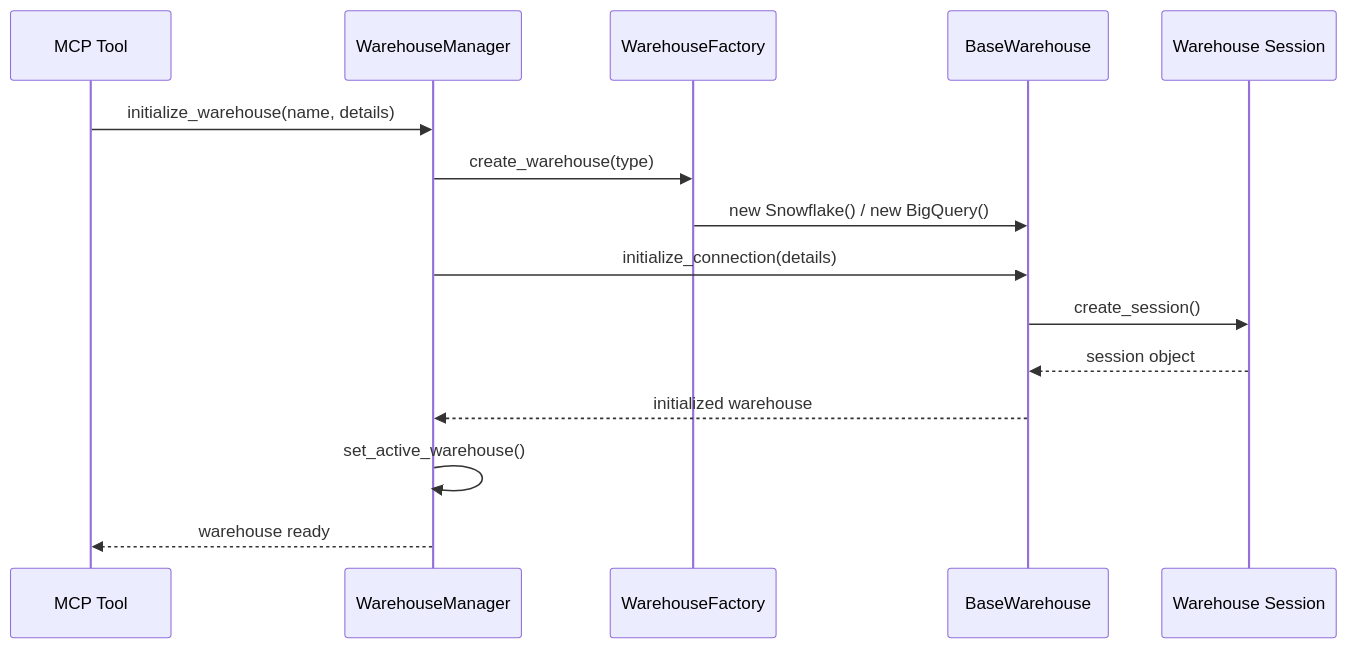
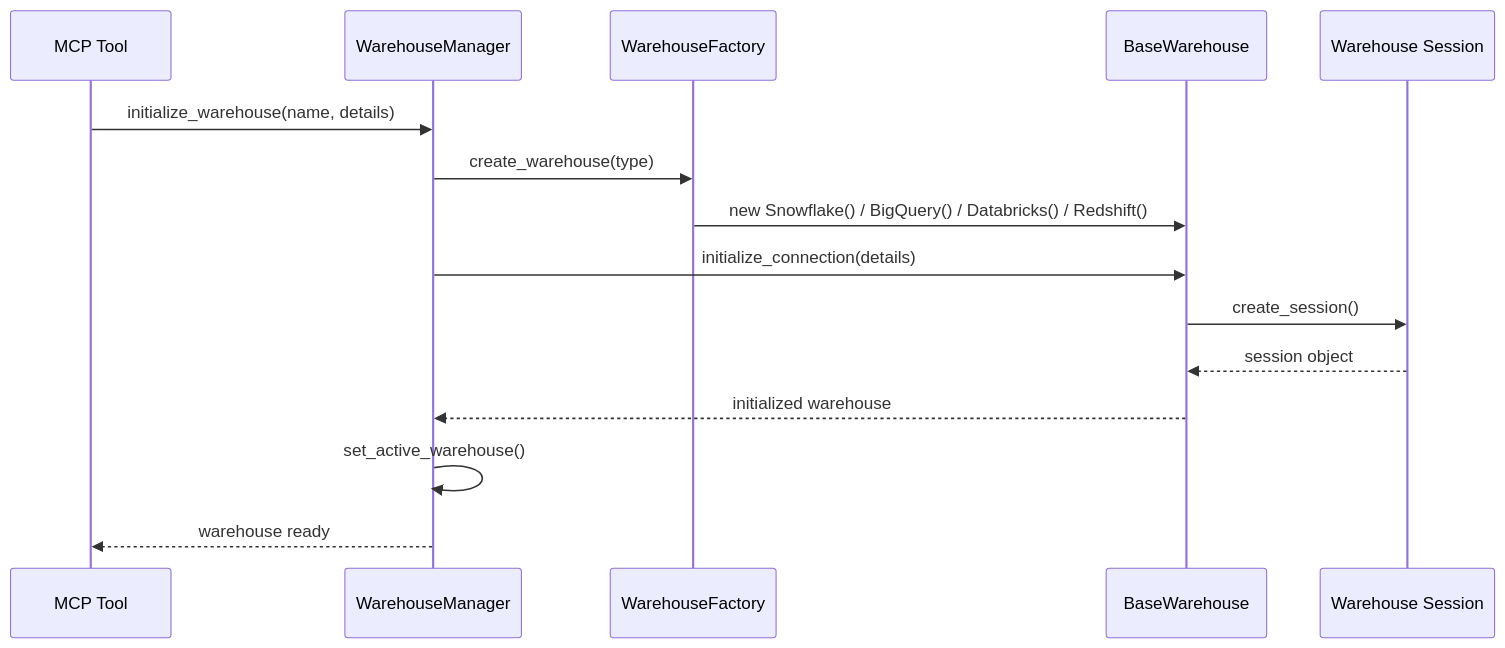
One commit to rudderlabs/profiles-mcp changed the eighth of 8 diagrams in memory-bank/architecture_overview.md. Above: the diagram before and after it, drawn with Mermaid. The commit also changed other lines of this file and 5 other files, not shown here.

````diff
--- a/memory-bank/architecture_overview.md
+++ b/memory-bank/architecture_overview.md
@@ -554,18 +558,18 @@
 ```mermaid
 sequenceDiagram
     participant Tool as MCP Tool
     participant Manager as WarehouseManager
     participant Factory as WarehouseFactory
     participant Warehouse as BaseWarehouse
     participant Session as Warehouse Session
 
     Tool->>Manager: initialize_warehouse(name, details)
     Manager->>Factory: create_warehouse(type)
-    Factory->>Warehouse: new Snowflake() / new BigQuery()
+    Factory->>Warehouse: new Snowflake() / BigQuery() / Databricks() / Redshift()
     Manager->>Warehouse: initialize_connection(details)
     Warehouse->>Session: create_session()
     Session-->>Warehouse: session object
     Warehouse-->>Manager: initialized warehouse
     Manager->>Manager: set_active_warehouse()
     Manager-->>Tool: warehouse ready
 ```
````
